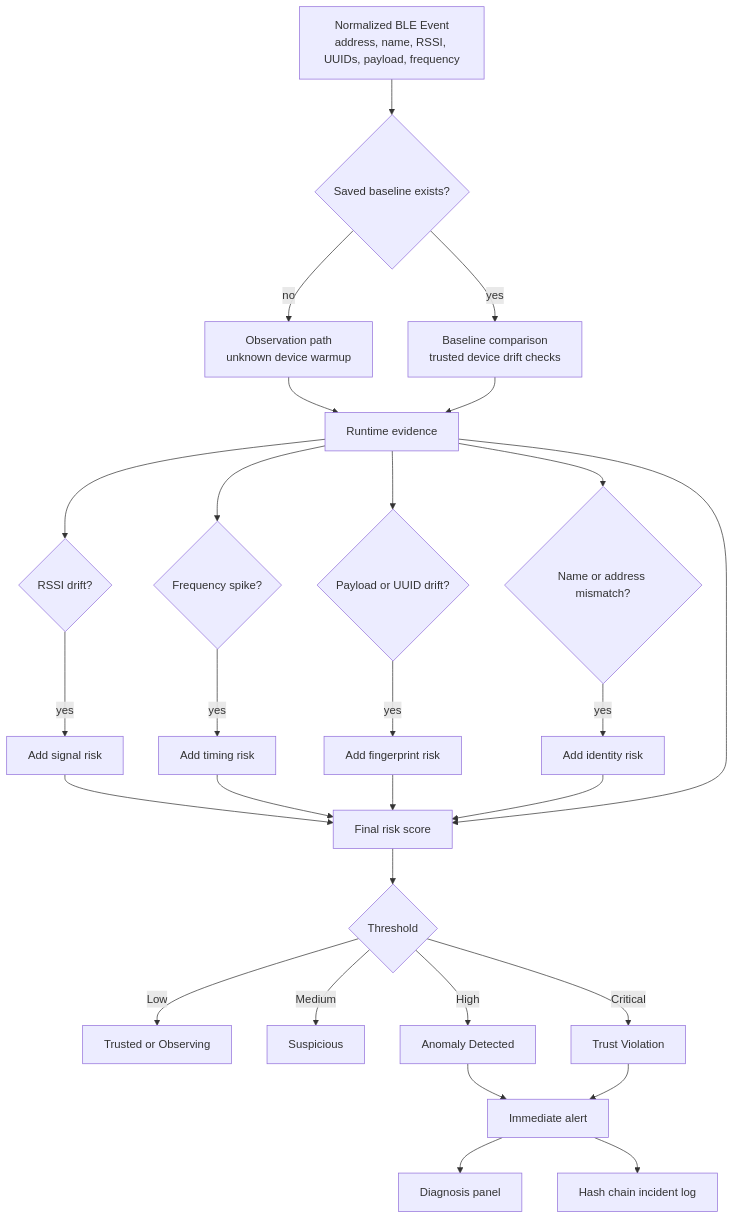
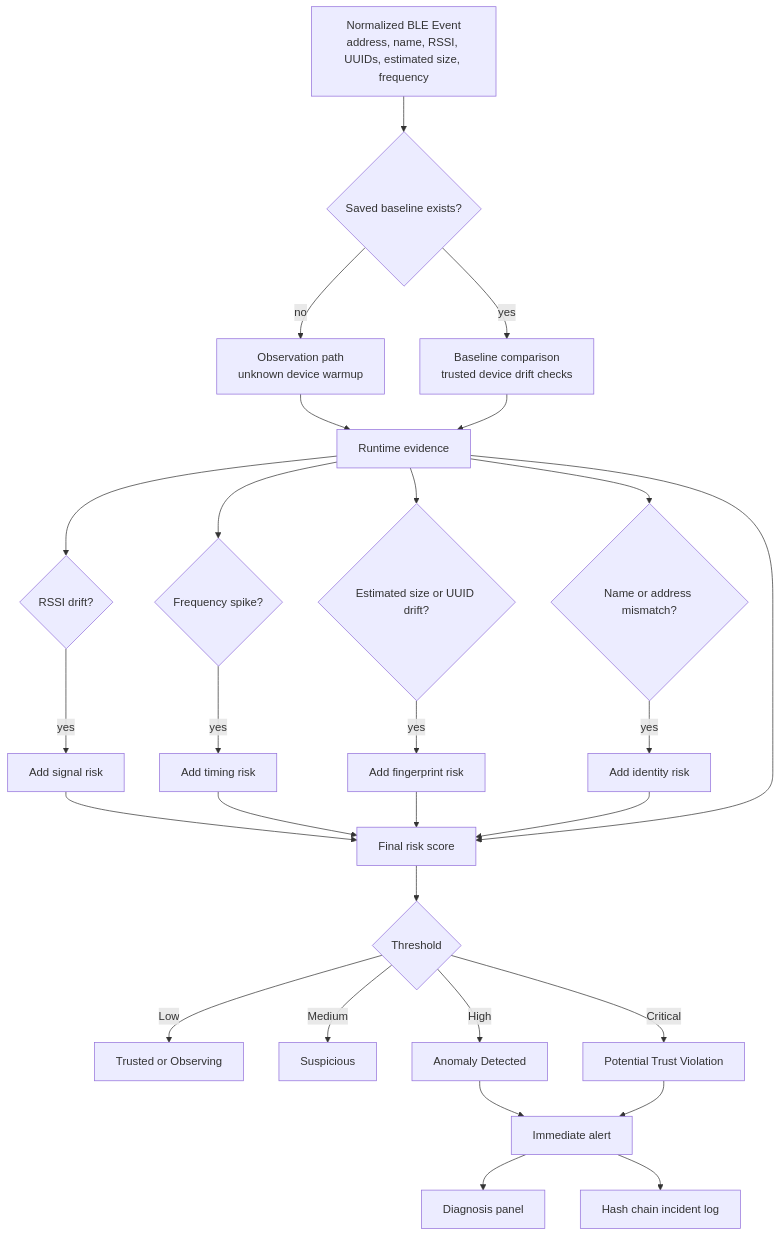
The fourth of 4 diagrams in README.md (manasvi-0523/BLE_TRUST-REGISTRY), drawn with Mermaid before and after one commit. The commit also changed other lines of this file and 20 other files, not shown here.

Commit message:
fix: align ble trust audit claims and schema

````diff
--- a/README.md
+++ b/README.md
@@ -158,36 +158,36 @@
 ```mermaid
 flowchart TD
-    A[Normalized BLE Event<br/>address, name, RSSI, UUIDs, payload, frequency] --> B{Saved baseline exists?}
+    A[Normalized BLE Event<br/>address, name, RSSI, UUIDs, estimated size, frequency] --> B{Saved baseline exists?}
 
     B -- no --> C[Observation path<br/>unknown device warmup]
     B -- yes --> D[Baseline comparison<br/>trusted device drift checks]
 
     C --> E[Runtime evidence]
     D --> E
 
     E --> F{RSSI drift?}
     F -- yes --> F1[Add signal risk]
     E --> G{Frequency spike?}
     G -- yes --> G1[Add timing risk]
-    E --> H{Payload or UUID drift?}
+    E --> H{Estimated size or UUID drift?}
     H -- yes --> H1[Add fingerprint risk]
     E --> I{Name or address mismatch?}
     I -- yes --> I1[Add identity risk]
 
     F1 --> J[Final risk score]
     G1 --> J
     H1 --> J
     I1 --> J
     E --> J
 
     J --> K{Threshold}
     K -- Low --> L[Trusted or Observing]
     K -- Medium --> M[Suspicious]
     K -- High --> N[Anomaly Detected]
-    K -- Critical --> O[Trust Violation]
+    K -- Critical --> O[Potential Trust Violation]
 
     N --> P[Immediate alert]
     O --> P
     P --> Q[Diagnosis panel]
     P --> R[Hash chain incident log]
 ```
````
